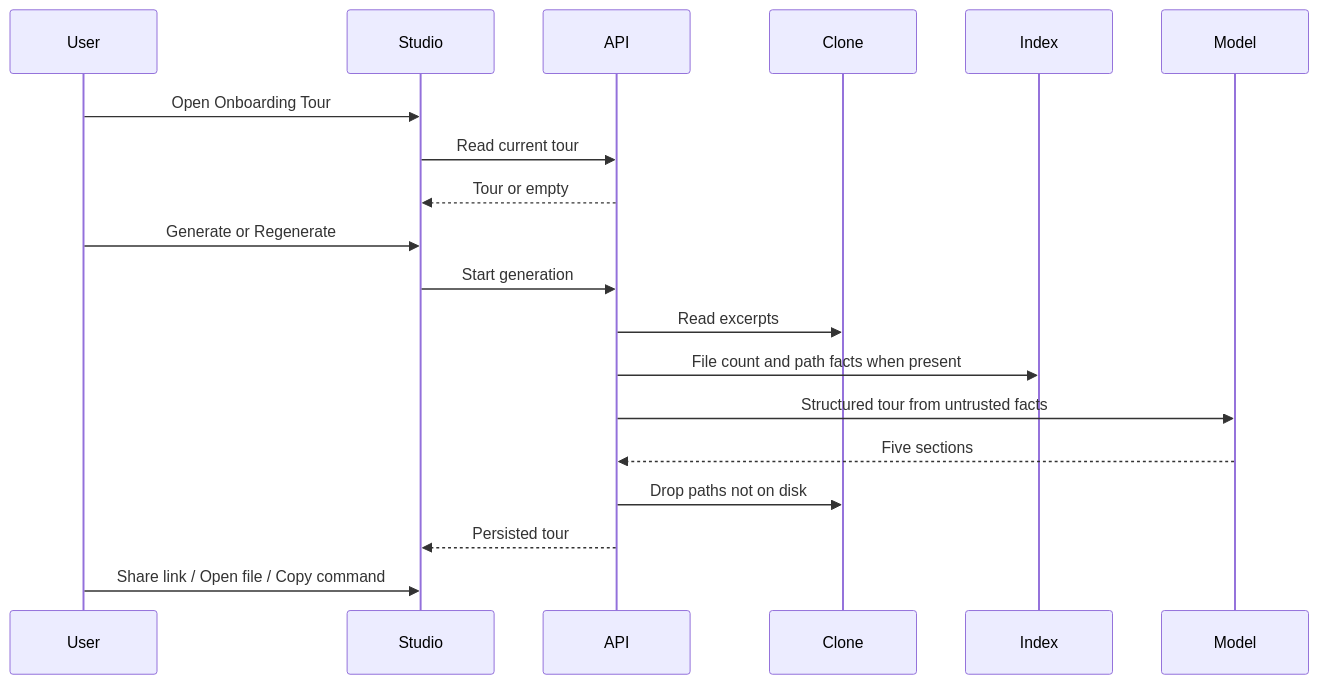
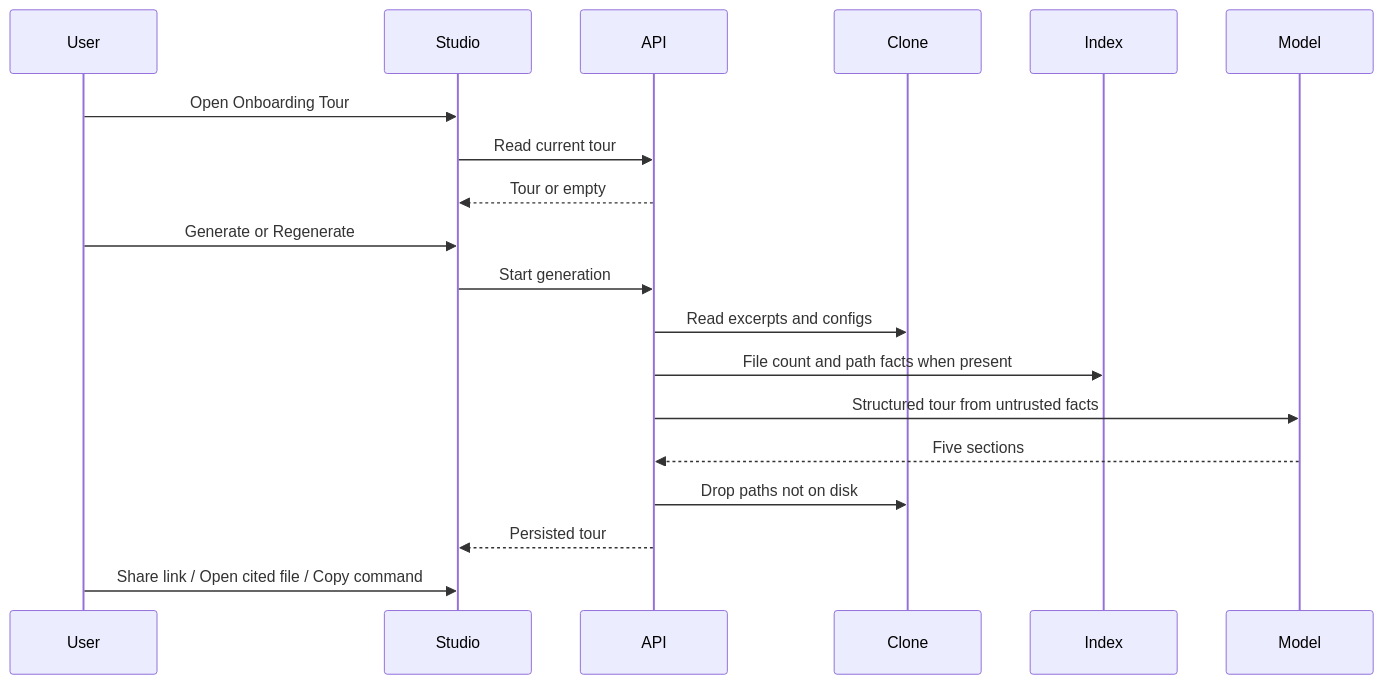
The second of 2 diagrams in docs/specs/2026-08-14-onboarding-generator.md (pro2html/dev-digest), drawn with Mermaid before and after one commit. The commit also changed other lines of this file, not shown here.

First line of the commit message:
Refine SPEC-02: architecture layers, flows, generated local-run, reading order, self-select tasks.

````diff
--- a/docs/specs/2026-08-14-onboarding-generator.md
+++ b/docs/specs/2026-08-14-onboarding-generator.md
@@ -124,21 +145,21 @@
 ```mermaid
 sequenceDiagram
   participant User
   participant Studio
   participant API
   participant Clone
   participant Index
   participant Model
   User->>Studio: Open Onboarding Tour
   Studio->>API: Read current tour
   API-->>Studio: Tour or empty
   User->>Studio: Generate or Regenerate
   Studio->>API: Start generation
-  API->>Clone: Read excerpts
+  API->>Clone: Read excerpts and configs
   API->>Index: File count and path facts when present
   API->>Model: Structured tour from untrusted facts
   Model-->>API: Five sections
   API->>Clone: Drop paths not on disk
   API-->>Studio: Persisted tour
-  User->>Studio: Share link / Open file / Copy command
+  User->>Studio: Share link / Open cited file / Copy command
 ```
````
